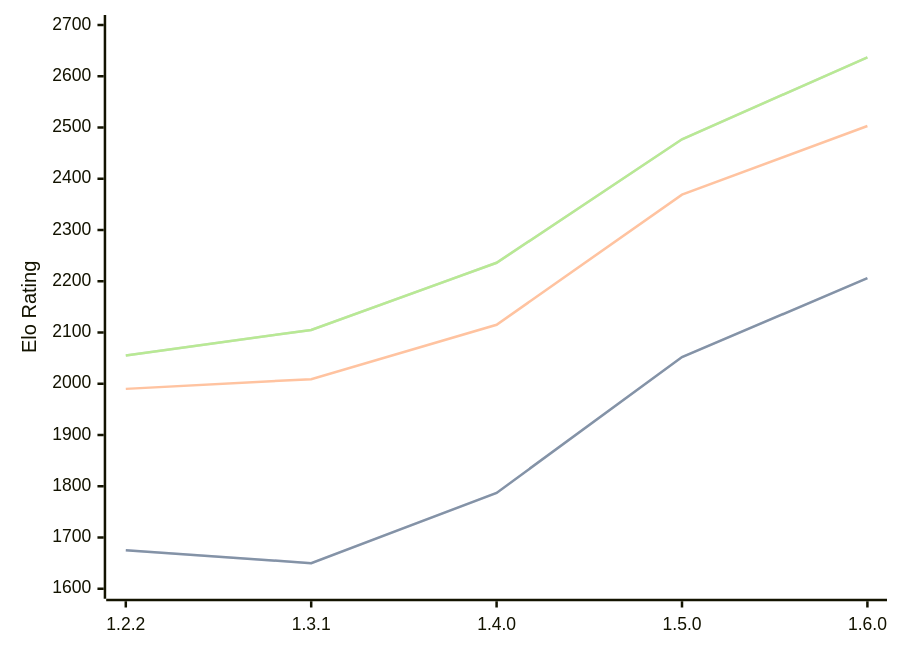
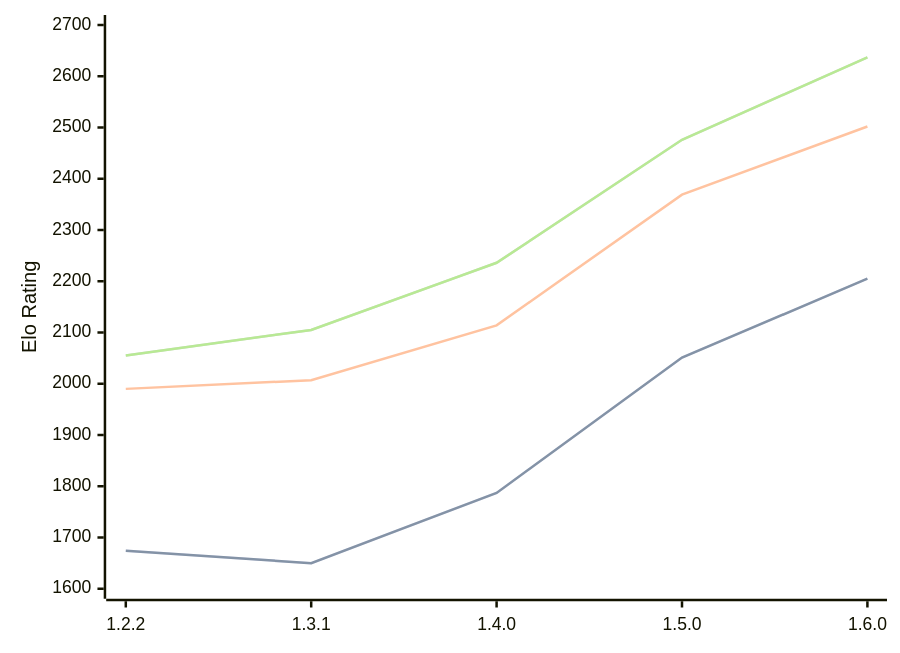
One commit to computer-chess-index/cci changed the diagram in engines/SoloEngine.md. Above: the diagram before and after it, drawn with Mermaid. The commit also changed other lines of this file, not shown here.

Commit message:
Update CCI Ratings (ELO VLTC) - 2026-03-23

````diff
--- a/engines/SoloEngine.md
+++ b/engines/SoloEngine.md
@@ -35,11 +35,11 @@
 ```mermaid
 %%{init: {"theme":"base","themeVariables":{"seriesColors:['#a3a3a3','#222221','#faa371']}}}%%
 xychart-beta
   x-axis ["1.2.2", "1.3.1", "1.4.0", "1.5.0", "1.6.0"]
   y-axis "Elo Rating" 1600 --> 2700
-  line "STC (8.0+0.08s)" [1675, 1650, 1787, 2052, 2206]
-  line "STC (8.0+0.08s)" [1675, 1650, 1787, 2052, 2206]
-  line "LTC (60.0+0.60s)" [1990, 2009, 2115, 2369, 2503]
-  line "VLTC (2m24s+1.12s)" [2055, 2105, 2236, 2477, 2637]
-  line "VLTC (2m24s+1.12s)" [2055, 2105, 2236, 2477, 2637]
+  line "STC (8.0+0.08s)" [1674, 1650, 1787, 2051, 2205]
+  line "STC (8.0+0.08s)" [1674, 1650, 1787, 2051, 2205]
+  line "LTC (60.0+0.60s)" [1990, 2007, 2114, 2369, 2502]
+  line "VLTC (2m24s+1.12s)" [2055, 2105, 2236, 2476, 2637]
+  line "VLTC (2m24s+1.12s)" [2055, 2105, 2236, 2476, 2637]
 ```
````
